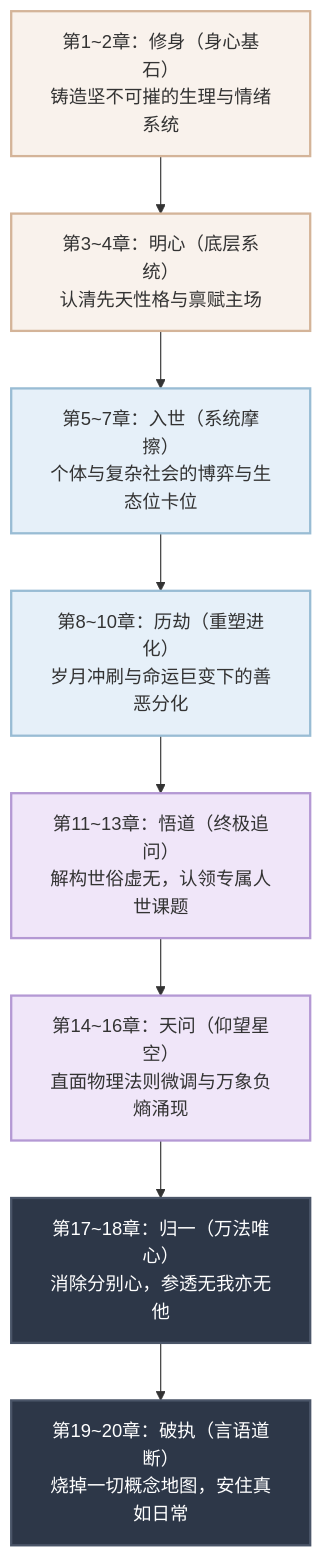
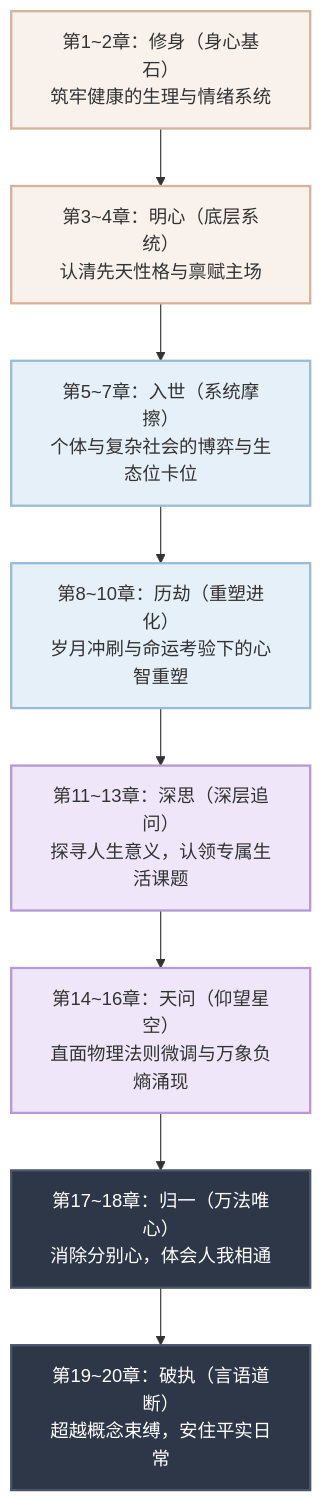
Before and after one commit to HJrookie/book-human: the diagram in book_outline_draft.md, drawn with Mermaid. The commit also changed other lines of this file and 59 other files, not shown here.

````diff
--- a/book_outline_draft.md
+++ b/book_outline_draft.md
@@ -9,22 +9,22 @@
 ```mermaid
 graph TD
-    A["第1~2章：修身（身心基石）<br/>铸造坚不可摧的生理与情绪系统"] --> B["第3~4章：明心（底层系统）<br/>认清先天性格与禀赋主场"]
+    A["第1~2章：修身（身心基石）<br/>筑牢健康的生理与情绪系统"] --> B["第3~4章：明心（底层系统）<br/>认清先天性格与禀赋主场"]
     B --> C["第5~7章：入世（系统摩擦）<br/>个体与复杂社会的博弈与生态位卡位"]
-    C --> D["第8~10章：历劫（重塑进化）<br/>岁月冲刷与命运巨变下的善恶分化"]
-    D --> E["第11~13章：悟道（终极追问）<br/>解构世俗虚无，认领专属人世课题"]
+    C --> D["第8~10章：历劫（重塑进化）<br/>岁月冲刷与命运考验下的心智重塑"]
+    D --> E["第11~13章：深思（深层追问）<br/>探寻人生意义，认领专属生活课题"]
     E --> F["第14~16章：天问（仰望星空）<br/>直面物理法则微调与万象负熵涌现"]
-    F --> G["第17~18章：归一（万法唯心）<br/>消除分别心，参透无我亦无他"]
-    H["第19~20章：破执（言语道断）<br/>烧掉一切概念地图，安住真如日常"]
+    F --> G["第17~18章：归一（万法唯心）<br/>消除分别心，体会人我相通"]
+    H["第19~20章：破执（言语道断）<br/>超越概念束缚，安住平实日常"]
     G --> H
     
     %% Styling
     classDef foundation fill:#f9f2ec,stroke:#d4b499,stroke-width:2px,color:#333;
     classDef society fill:#e6f0f9,stroke:#99bcd4,stroke-width:2px,color:#333;
     classDef spirit fill:#f0e6f9,stroke:#b499d4,stroke-width:2px,color:#333;
     classDef ultimate fill:#2d3748,stroke:#4a5568,stroke-width:2px,color:#fff;
     
     class A,B foundation;
     class C,D society;
     class E,F spirit;
     class G,H ultimate;
 ```
````
